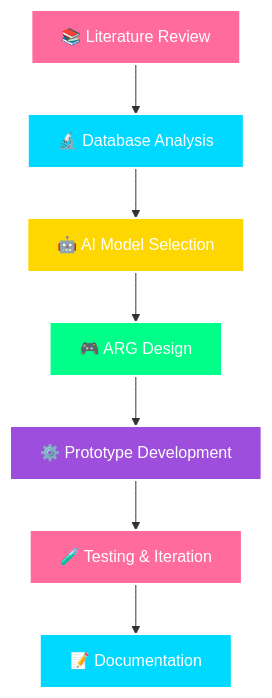
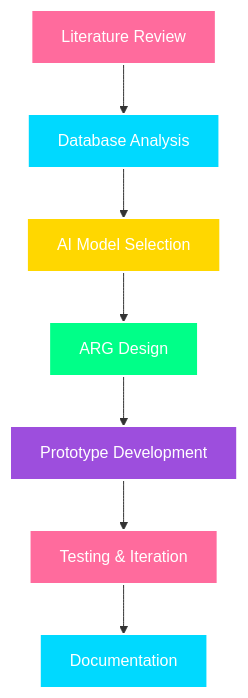
Before and after one commit to Genomic-AI-Research-Lab-GARL/.github: the second of 2 diagrams in profile/README.md, drawn with Mermaid. The commit also changed other lines of this file, not shown here.

````diff
--- a/profile/README.md
+++ b/profile/README.md
@@ -227,16 +227,16 @@
 ```mermaid
 graph TD
-    A[📚 Literature Review] --> B[🔬 Database Analysis]
-    B --> C[🤖 AI Model Selection]
-    C --> D[🎮 ARG Design]
-    D --> E[⚙️ Prototype Development]
-    E --> F[🧪 Testing & Iteration]
-    F --> G[📝 Documentation]
+    A[ Literature Review] --> B[ Database Analysis]
+    B --> C[ AI Model Selection]
+    C --> D[ ARG Design]
+    D --> E[ Prototype Development]
+    E --> F[ Testing & Iteration]
+    F --> G[ Documentation]
     style A fill:#FF6B9D,stroke:#fff,stroke-width:2px,color:#fff
     style B fill:#00D9FF,stroke:#fff,stroke-width:2px,color:#fff
     style C fill:#FFD700,stroke:#fff,stroke-width:2px,color:#fff
     style D fill:#00FF88,stroke:#fff,stroke-width:2px,color:#fff
     style E fill:#9D4EDD,stroke:#fff,stroke-width:2px,color:#fff
     style F fill:#FF6B9D,stroke:#fff,stroke-width:2px,color:#fff
     style G fill:#00D9FF,stroke:#fff,stroke-width:2px,color:#fff
 ```
````
